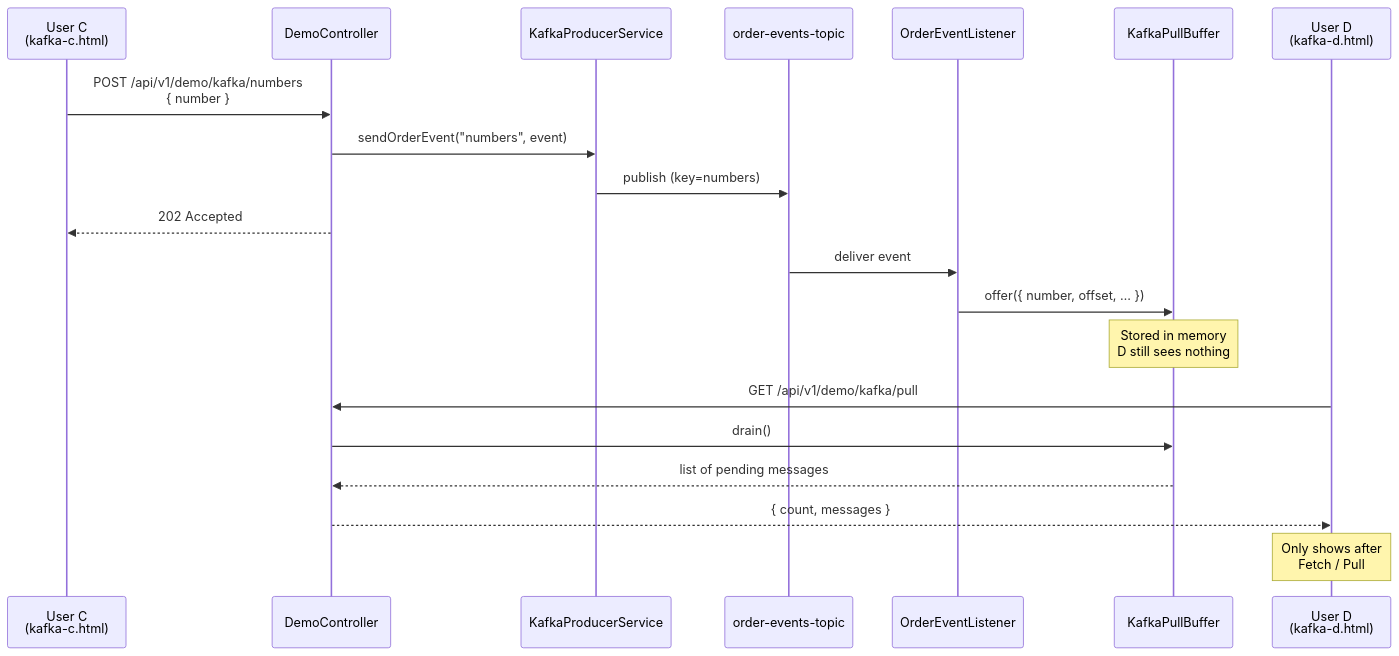
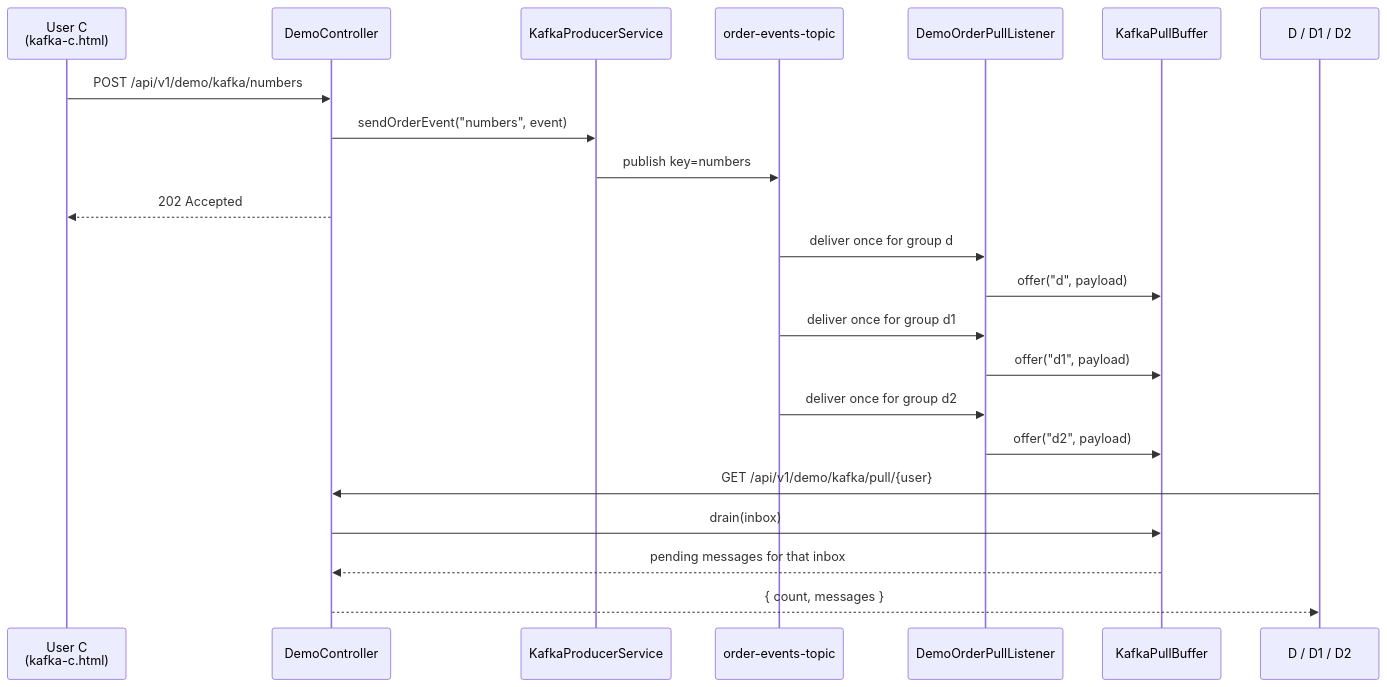
Before and after one commit to manydogs23/Kafka: the second of 4 diagrams in docs/DEMO_DATAFLOWS.md, drawn with Mermaid. The commit also changed other lines of this file and 21 other files, not shown here.

````diff
--- a/docs/DEMO_DATAFLOWS.md
+++ b/docs/DEMO_DATAFLOWS.md
@@ -49,25 +52,27 @@
 ```mermaid
 sequenceDiagram
     participant C as User C<br/>(kafka-c.html)
     participant API as DemoController
     participant P as KafkaProducerService
     participant K as order-events-topic
-    participant L as OrderEventListener
+    participant Pull as DemoOrderPullListener
     participant Buf as KafkaPullBuffer
-    participant D as User D<br/>(kafka-d.html)
+    participant Dx as D / D1 / D2
 
-    C->>API: POST /api/v1/demo/kafka/numbers<br/>{ number }
+    C->>API: POST /api/v1/demo/kafka/numbers
     API->>P: sendOrderEvent("numbers", event)
-    P->>K: publish (key=numbers)
+    P->>K: publish key=numbers
     API-->>C: 202 Accepted
 
-    K->>L: deliver event
-    L->>Buf: offer({ number, offset, … })
-    Note over Buf: Stored in memory<br/>D still sees nothing
+    K->>Pull: deliver once for group d
+    Pull->>Buf: offer("d", payload)
+    K->>Pull: deliver once for group d1
+    Pull->>Buf: offer("d1", payload)
+    K->>Pull: deliver once for group d2
+    Pull->>Buf: offer("d2", payload)
 
-    D->>API: GET /api/v1/demo/kafka/pull
-    API->>Buf: drain()
-    Buf-->>API: list of pending messages
-    API-->>D: { count, messages }
-    Note over D: Only shows after<br/>Fetch / Pull
+    Dx->>API: GET /api/v1/demo/kafka/pull/{user}
+    API->>Buf: drain(inbox)
+    Buf-->>API: pending messages for that inbox
+    API-->>Dx: { count, messages }
 ```
````
